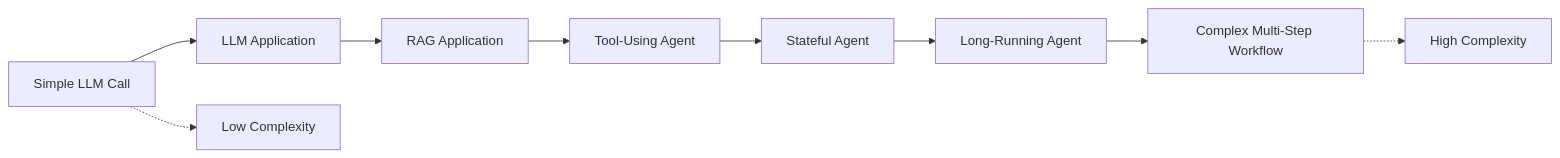
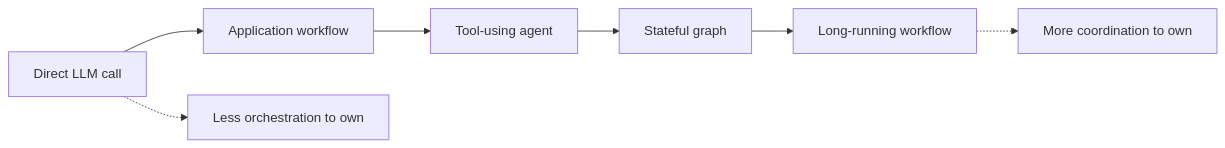
Before and after one commit to MihirKJha/enterprise-ai-engineering-handbook: the first of 5 diagrams in docs/08-ai-engineering-frameworks/langgraph/26-langgraph-limitations-and-tradeoffs.md, drawn with Mermaid. The commit also changed other lines of this file and 10 other files, not shown here.

````diff
--- a/docs/08-ai-engineering-frameworks/langgraph/26-langgraph-limitations-and-tradeoffs.md
+++ b/docs/08-ai-engineering-frameworks/langgraph/26-langgraph-limitations-and-tradeoffs.md
@@ -203,19 +38,9 @@
 ```mermaid
 flowchart LR
-
-    A[Simple LLM Call] --> B[LLM Application]
-
-    B --> C[RAG Application]
-
-    C --> D[Tool-Using Agent]
-
-    D --> E[Stateful Agent]
-
-    E --> F[Long-Running Agent]
-
-    F --> G[Complex Multi-Step Workflow]
-
-    A -.-> H[Low Complexity]
-
-    G -.-> I[High Complexity]
+    A[Direct LLM call] --> B[Application workflow]
+    B --> C[Tool-using agent]
+    C --> D[Stateful graph]
+    D --> E[Long-running workflow]
+    A -.-> F[Less orchestration to own]
+    E -.-> G[More coordination to own]
 ```
````
